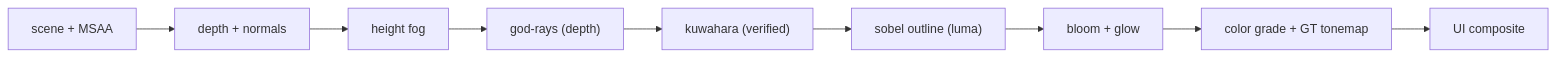
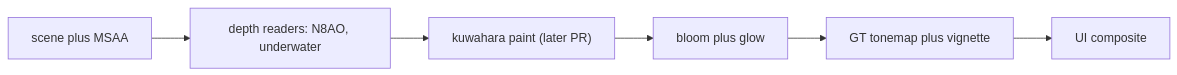
The third of 3 diagrams in docs/VFX-SHADER-POSTFX-BLUEPRINT.md (SirHertzAlot/NexusMMOEngine), drawn with Mermaid before and after one commit. The commit also changed other lines of this file, not shown here.

````diff
--- a/docs/VFX-SHADER-POSTFX-BLUEPRINT.md
+++ b/docs/VFX-SHADER-POSTFX-BLUEPRINT.md
@@ -471,11 +596,8 @@
 ```mermaid
 flowchart LR
-    S["scene + MSAA"] --> D["depth + normals"]
-    D --> FOG["height fog"]
-    FOG --> RAYS["god-rays (depth)"]
-    RAYS --> PAINT["kuwahara (verified)"]
-    PAINT --> LINE["sobel outline (luma)"]
-    LINE --> BLOOM["bloom + glow"]
-    BLOOM --> GRADE["color grade + GT tonemap"]
+    S["scene plus MSAA"] --> D["depth readers: N8AO, underwater"]
+    D --> PAINT["kuwahara paint (later PR)"]
+    PAINT --> BLOOM["bloom plus glow"]
+    BLOOM --> GRADE["GT tonemap plus vignette"]
     GRADE --> UI["UI composite"]
 ```
````
